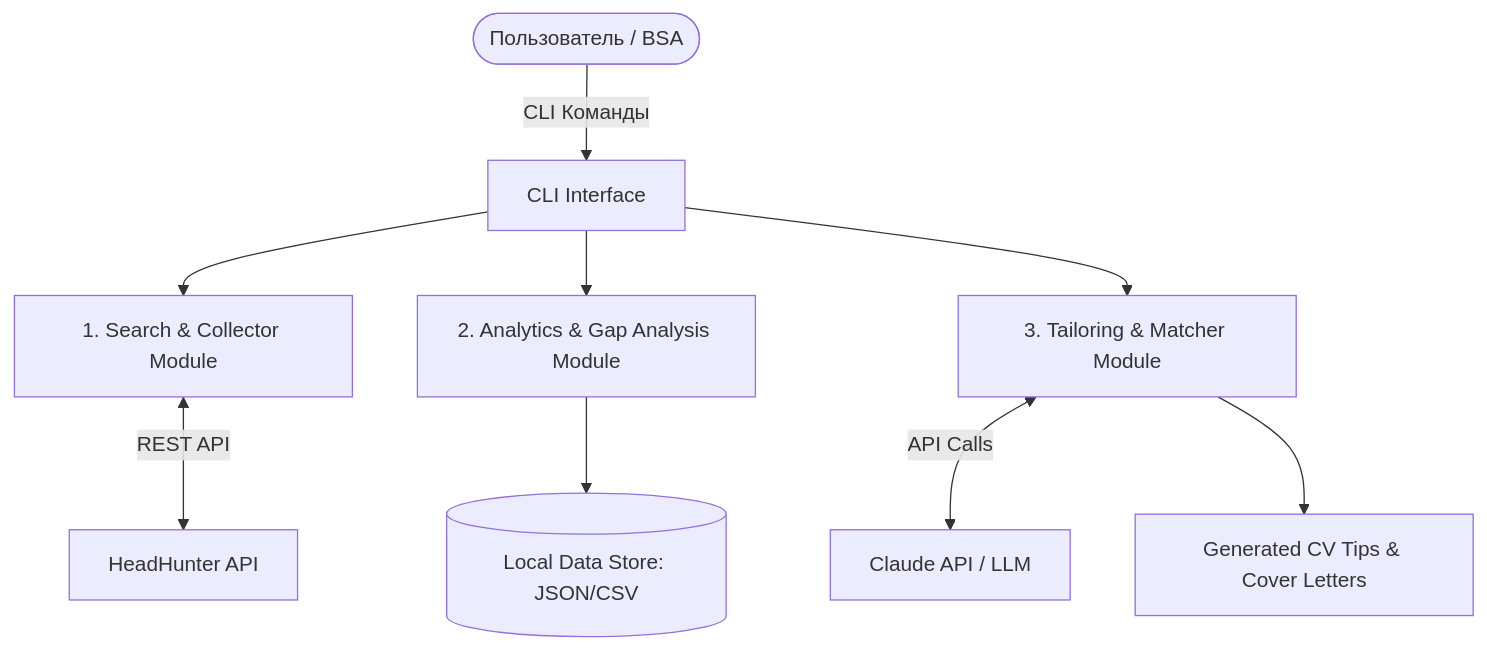
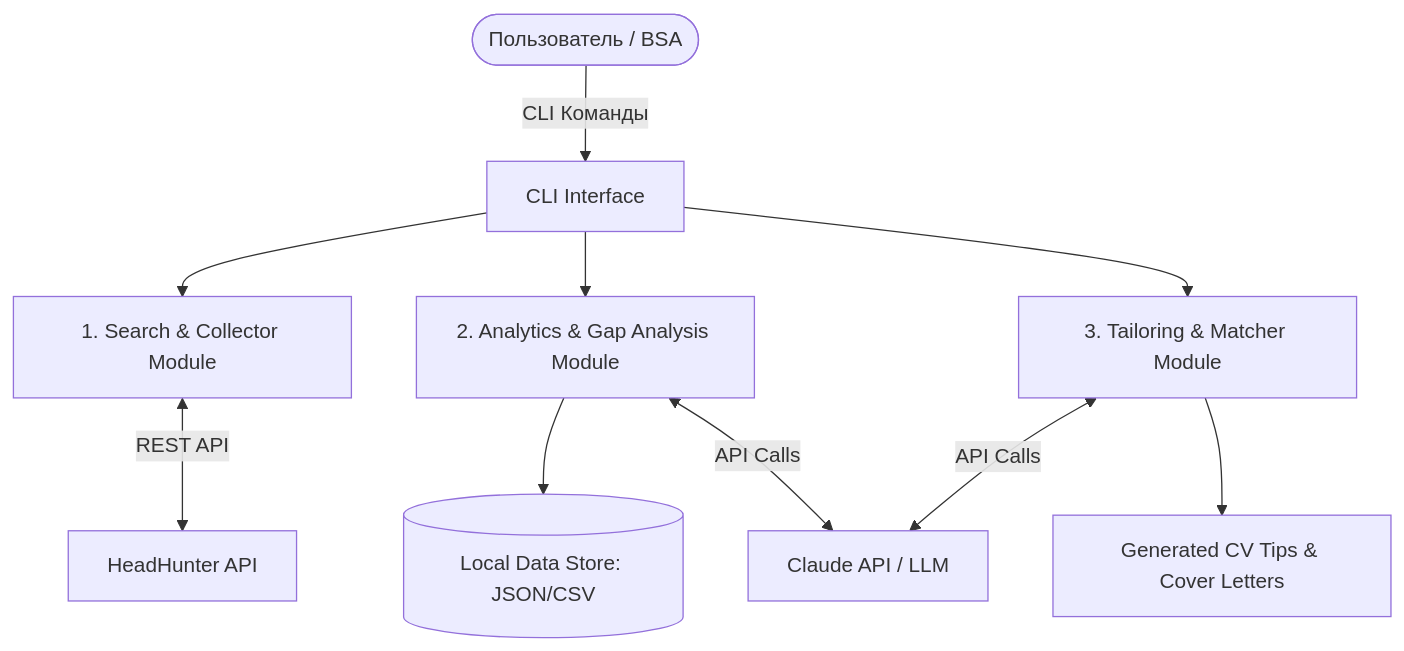
Before and after one commit to skvitby/job-market-analyzer: the diagram in requirements.md, drawn with Mermaid. The commit also changed other lines of this file, not shown here.

````diff
--- a/requirements.md
+++ b/requirements.md
@@ -22,12 +25,13 @@
 ```mermaid
 flowchart TD
     User([Пользователь / BSA]) -->|CLI Команды| CLI[CLI Interface]
     CLI --> Module1[1. Search & Collector Module]
     CLI --> Module2[2. Analytics & Gap Analysis Module]
     CLI --> Module3[3. Tailoring & Matcher Module]
     
     Module1 <-->|REST API| HH[HeadHunter API]
     Module2 --> LocalData[(Local Data Store: JSON/CSV)]
-    Module3 <-->|API Calls| Claude[Claude API / LLM]
+    Module2 <-->|API Calls| Claude[Claude API / LLM]
+    Module3 <-->|API Calls| Claude
     Module3 --> Reports[Generated CV Tips & Cover Letters]
 ```
````
